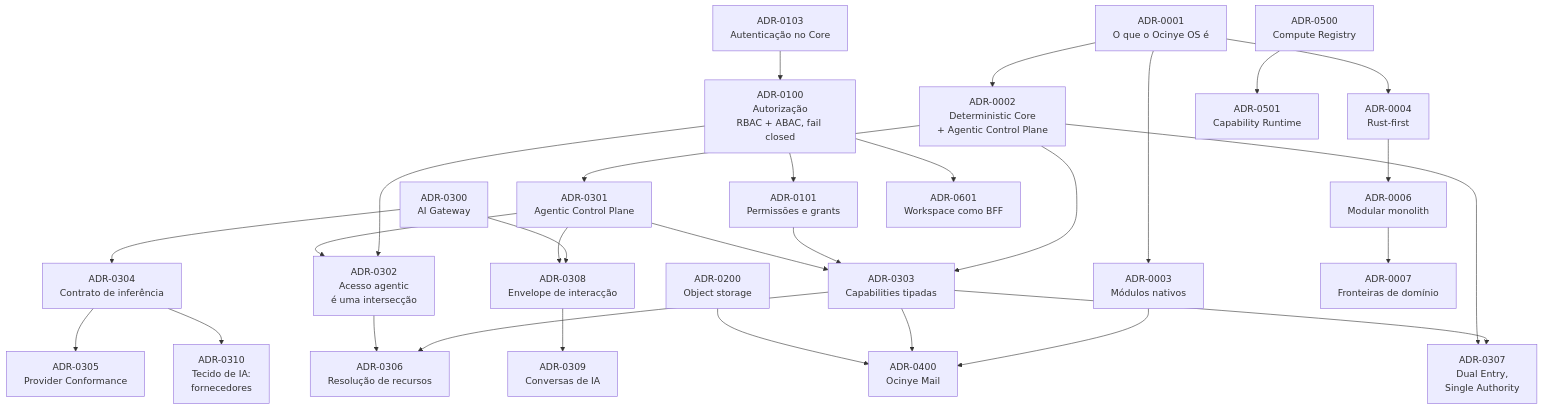
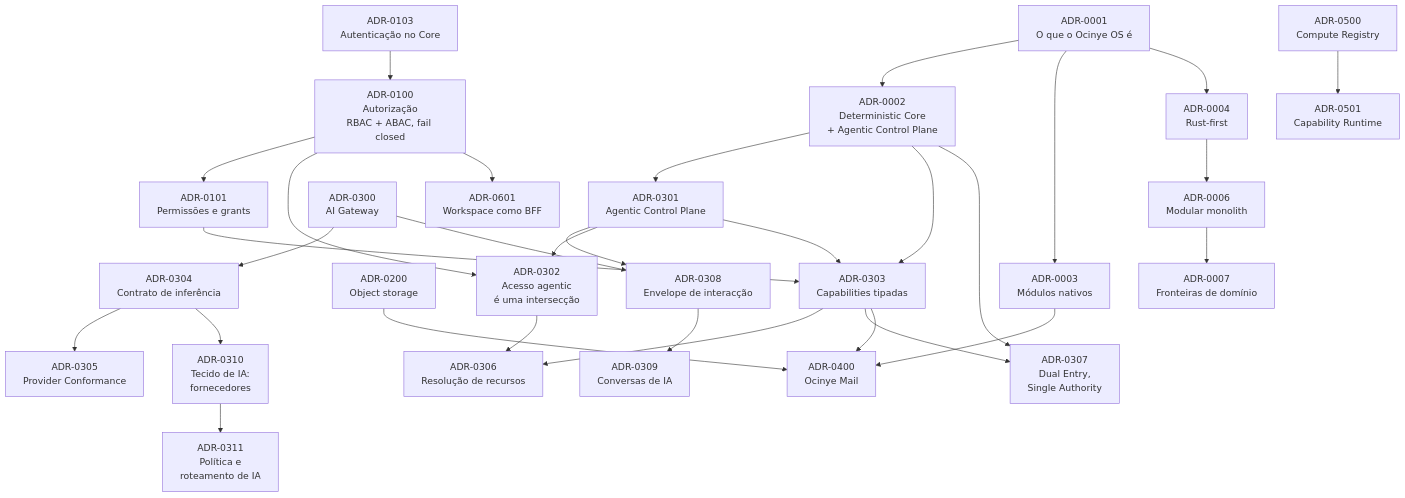
The diagram in docs/adrs/README.md (Ocinye/ocinye-os), drawn with Mermaid before and after one commit. The commit also changed other lines of this file and 12 other files, not shown here.

````diff
--- a/docs/adrs/README.md
+++ b/docs/adrs/README.md
@@ -38,60 +38,62 @@
 ```mermaid
 flowchart TB
     A0001["ADR-0001<br/>O que o Ocinye OS é"]
     A0002["ADR-0002<br/>Deterministic Core<br/>+ Agentic Control Plane"]
     A0003["ADR-0003<br/>Módulos nativos"]
     A0004["ADR-0004<br/>Rust-first"]
     A0100["ADR-0100<br/>Autorização<br/>RBAC + ABAC, fail closed"]
 
     A0006["ADR-0006<br/>Modular monolith"]
     A0101["ADR-0101<br/>Permissões e grants"]
     A0103["ADR-0103<br/>Autenticação no Core"]
     A0200["ADR-0200<br/>Object storage"]
     A0300["ADR-0300<br/>AI Gateway"]
     A0301["ADR-0301<br/>Agentic Control Plane"]
     A0302["ADR-0302<br/>Acesso agentic<br/>é uma intersecção"]
     A0303["ADR-0303<br/>Capabilities tipadas"]
     A0304["ADR-0304<br/>Contrato de inferência"]
     A0305["ADR-0305<br/>Provider Conformance"]
     A0306["ADR-0306<br/>Resolução de recursos"]
     A0307["ADR-0307<br/>Dual Entry,<br/>Single Authority"]
     A0308["ADR-0308<br/>Envelope de interacção"]
     A0309["ADR-0309<br/>Conversas de IA"]
     A0310["ADR-0310<br/>Tecido de IA:<br/>fornecedores"]
+    A0311["ADR-0311<br/>Política e<br/>roteamento de IA"]
     A0400["ADR-0400<br/>Ocinye Mail"]
     A0500["ADR-0500<br/>Compute Registry"]
     A0501["ADR-0501<br/>Capability Runtime"]
     A0601["ADR-0601<br/>Workspace como BFF"]
 
     A0001 --> A0002
     A0001 --> A0003
     A0001 --> A0004
     A0002 --> A0301
     A0002 --> A0303
     A0003 --> A0400
     A0004 --> A0006
     A0006 --> A0007["ADR-0007<br/>Fronteiras de domínio"]
 
     A0100 --> A0101
     A0100 --> A0302
     A0100 --> A0601
     A0101 --> A0303
     A0103 --> A0100
 
     A0300 --> A0304
     A0304 --> A0305
     A0300 --> A0308
     A0301 --> A0308
     A0308 --> A0309
     A0304 --> A0310
+    A0310 --> A0311
     A0303 --> A0306
     A0302 --> A0306
     A0301 --> A0302
     A0301 --> A0303
     A0303 --> A0307
     A0002 --> A0307
     A0303 --> A0400
 
     A0200 --> A0400
     A0500 --> A0501
 ```
````
